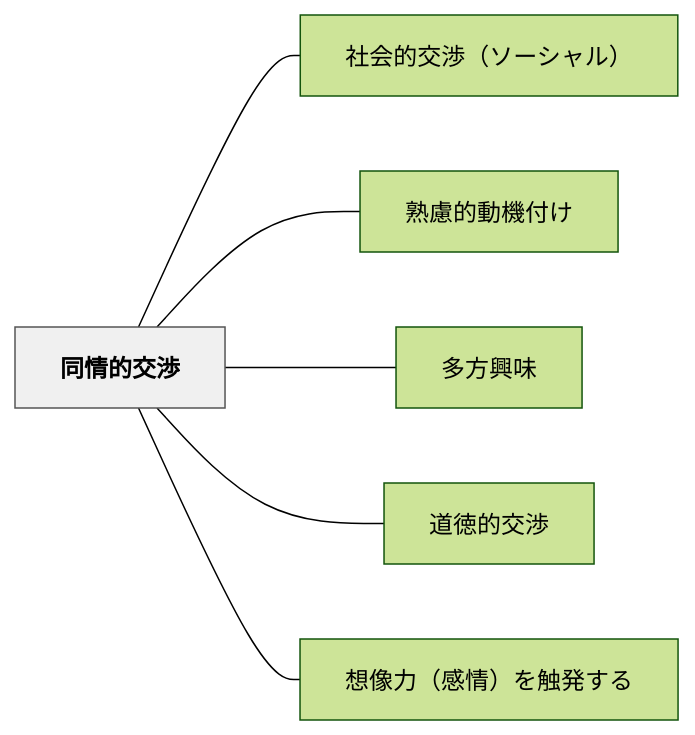
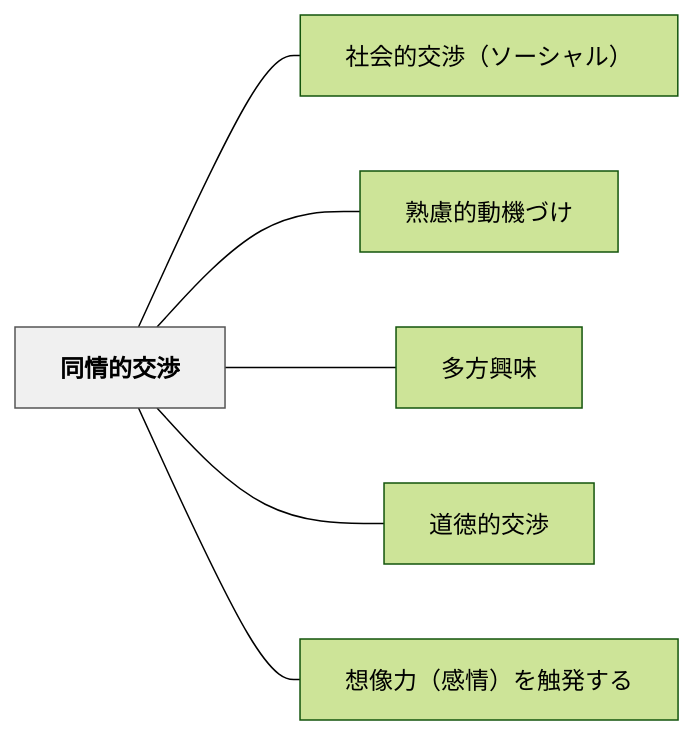
The diagram in content/パタン/同情的交渉.md (unknownthings-ed-patterns/unknownthings-ed-patterns), drawn with Mermaid (forest theme) before and after one commit. The commit also changed other lines of this file and 234 other files, not shown here.

````diff
--- a/content/パタン/同情的交渉.md
+++ b/content/パタン/同情的交渉.md
@@ -37,18 +37,18 @@
 ```mermaid
 flowchart LR
     ne5908ce68385e79a84e4baa4e6b889["同情的交渉"]
     ne7a4bee4bc9ae79a84e4baa4e6b889efbc88e382bde383bce382b7e383a3e383abefbc89["社会的交渉（ソーシャル）"]
-    ne7869fe685aee79a84e58b95e6a99fe4bb98e38191["熟慮的動機付け"]
+    ne7869fe685aee79a84e58b95e6a99fe381a5e38191["熟慮的動機づけ"]
     ne5a49ae696b9e88888e591b3["多方興味"]
     ne98193e5beb3e79a84e4baa4e6b889["道徳的交渉"]
     ne683b3e5838fe58a9befbc88e6849fe68385efbc89e38292e8a7a6e799bae38199e3828b["想像力（感情）を触発する"]
 
     ne5908ce68385e79a84e4baa4e6b889 --- ne7a4bee4bc9ae79a84e4baa4e6b889efbc88e382bde383bce382b7e383a3e383abefbc89
-    ne5908ce68385e79a84e4baa4e6b889 --- ne7869fe685aee79a84e58b95e6a99fe4bb98e38191
+    ne5908ce68385e79a84e4baa4e6b889 --- ne7869fe685aee79a84e58b95e6a99fe381a5e38191
     ne5908ce68385e79a84e4baa4e6b889 --- ne5a49ae696b9e88888e591b3
     ne5908ce68385e79a84e4baa4e6b889 --- ne98193e5beb3e79a84e4baa4e6b889
     ne5908ce68385e79a84e4baa4e6b889 --- ne683b3e5838fe58a9befbc88e6849fe68385efbc89e38292e8a7a6e799bae38199e3828b
 
     classDef hub fill:#f0f0f0,stroke:#555,color:#000,font-weight:bold
     class ne5908ce68385e79a84e4baa4e6b889 hub
 ```
````
